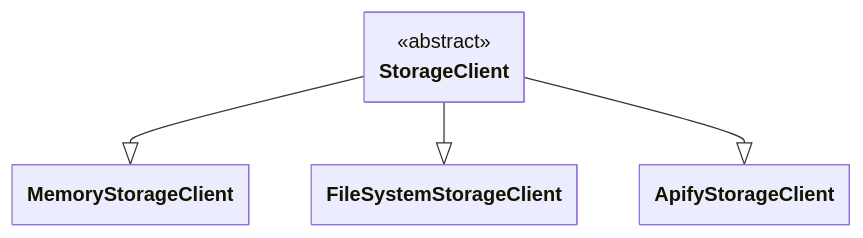
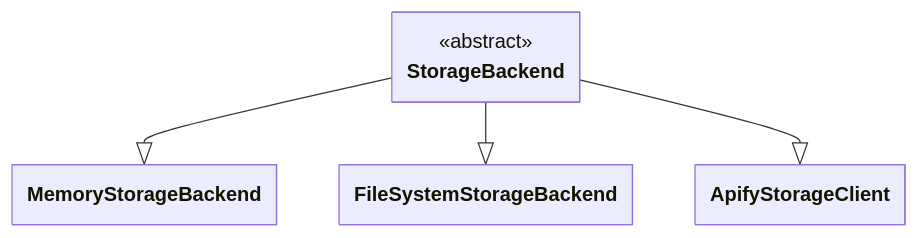
Before and after one commit to apify/crawlee-python: the fourth of 5 diagrams in docs/guides/architecture_overview.mdx, drawn with Mermaid. The commit also changed other lines of this file and 181 other files, not shown here.

````diff
--- a/docs/guides/architecture_overview.mdx
+++ b/docs/guides/architecture_overview.mdx
@@ -259,35 +259,35 @@
 ```mermaid
 ---
 config:
     class:
         hideEmptyMembersBox: true
 ---
 
 classDiagram
 
 %% ========================
 %% Abstract classes
 %% ========================
 
-class StorageClient {
+class StorageBackend {
     <<abstract>>
 }
 
 %% ========================
 %% Specific classes
 %% ========================
 
-class MemoryStorageClient
+class MemoryStorageBackend
 
-class FileSystemStorageClient
+class FileSystemStorageBackend
 
 class ApifyStorageClient
 
 %% ========================
 %% Inheritance arrows
 %% ========================
 
-StorageClient --|> MemoryStorageClient
-StorageClient --|> FileSystemStorageClient
-StorageClient --|> ApifyStorageClient
+StorageBackend --|> MemoryStorageBackend
+StorageBackend --|> FileSystemStorageBackend
+StorageBackend --|> ApifyStorageClient
 ```
````
